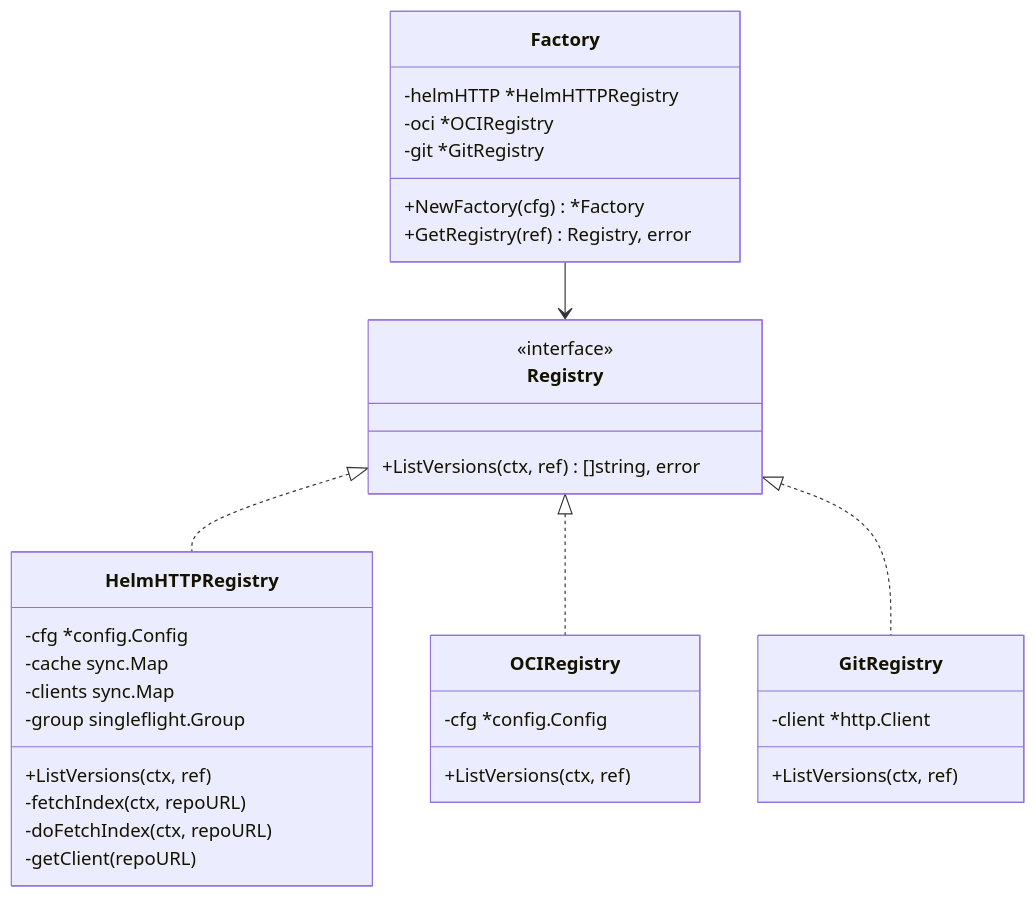
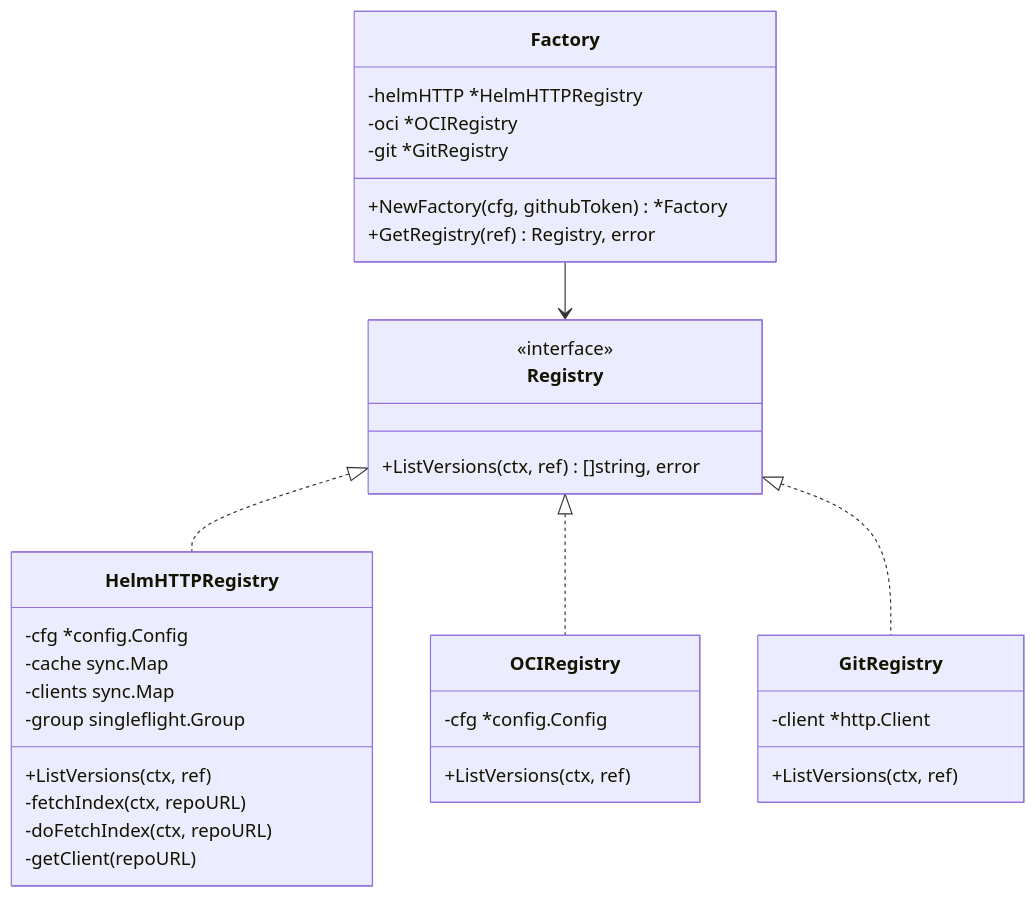
One commit to szhekpisov/argoiax changed the fifth of 7 diagrams in docs/architecture.md. Above: the diagram before and after it, drawn with Mermaid. The commit also changed other lines of this file, not shown here.

First line of the commit message:
docs: expand architecture.md with full design documentation

````diff
--- a/docs/architecture.md
+++ b/docs/architecture.md
@@ -121,41 +135,41 @@
 ```mermaid
 classDiagram
     class Registry {
         <<interface>>
         +ListVersions(ctx, ref) []string, error
     }
 
     class Factory {
         -helmHTTP *HelmHTTPRegistry
         -oci *OCIRegistry
         -git *GitRegistry
-        +NewFactory(cfg) *Factory
+        +NewFactory(cfg, githubToken) *Factory
         +GetRegistry(ref) Registry, error
     }
 
     class HelmHTTPRegistry {
         -cfg *config.Config
         -cache sync.Map
         -clients sync.Map
         -group singleflight.Group
         +ListVersions(ctx, ref)
         -fetchIndex(ctx, repoURL)
         -doFetchIndex(ctx, repoURL)
         -getClient(repoURL)
     }
 
     class OCIRegistry {
         -cfg *config.Config
         +ListVersions(ctx, ref)
     }
 
     class GitRegistry {
         -client *http.Client
         +ListVersions(ctx, ref)
     }
 
     Factory --> Registry
     Registry <|.. HelmHTTPRegistry
     Registry <|.. OCIRegistry
     Registry <|.. GitRegistry
 ```
````
